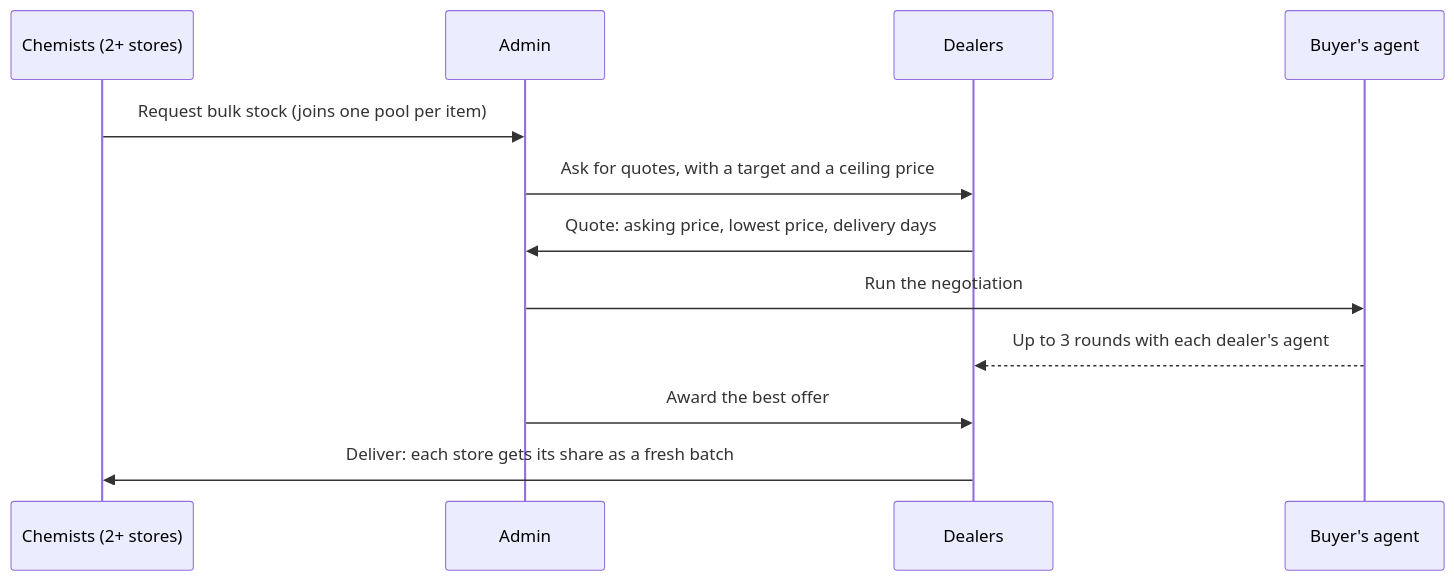
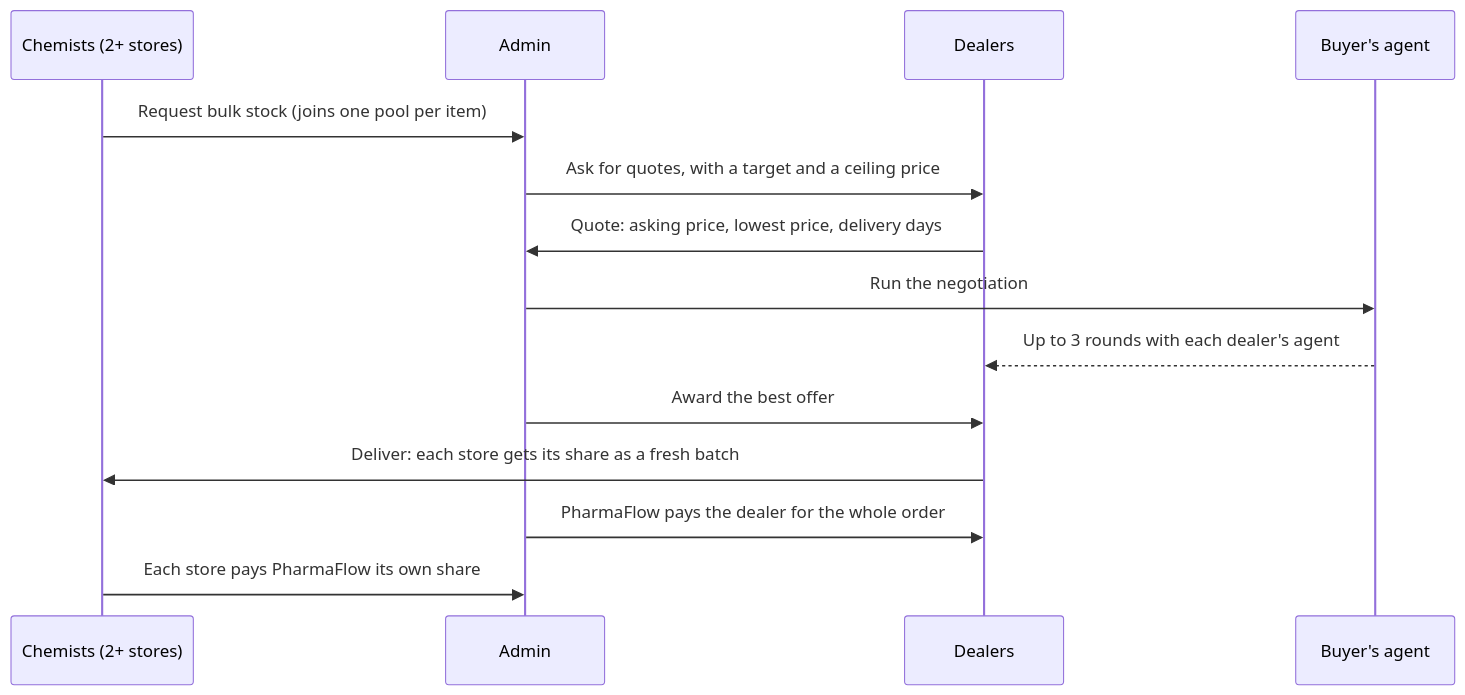
One commit to chethan-9817/pharma_flow_1 changed diagram 12 of 12 in WORKFLOW.md. Above: the diagram before and after it, drawn with Mermaid. The commit also changed other lines of this file and 2 other files, not shown here.

Commit message:
docs: bulk-order payments between dealers, PharmaFlow and stores

````diff
--- a/WORKFLOW.md
+++ b/WORKFLOW.md
@@ -386,14 +386,16 @@
 ```mermaid
 sequenceDiagram
     participant C as Chemists (2+ stores)
     participant A as Admin
     participant D as Dealers
     participant B as Buyer's agent
     C->>A: Request bulk stock (joins one pool per item)
     A->>D: Ask for quotes, with a target and a ceiling price
     D->>A: Quote: asking price, lowest price, delivery days
     A->>B: Run the negotiation
     B-->>D: Up to 3 rounds with each dealer's agent
     A->>D: Award the best offer
     D->>C: Deliver: each store gets its share as a fresh batch
+    A->>D: PharmaFlow pays the dealer for the whole order
+    C->>A: Each store pays PharmaFlow its own share
 ```
````
